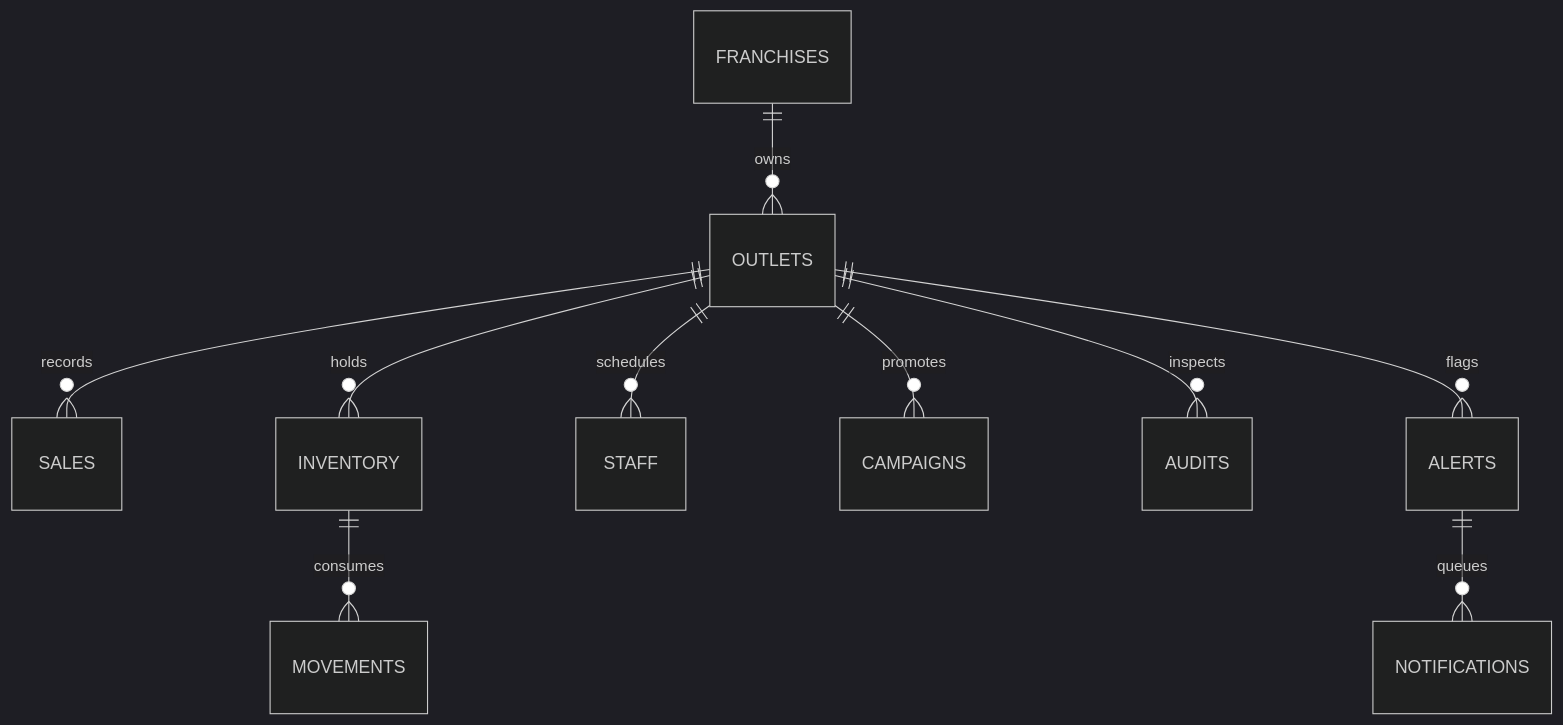
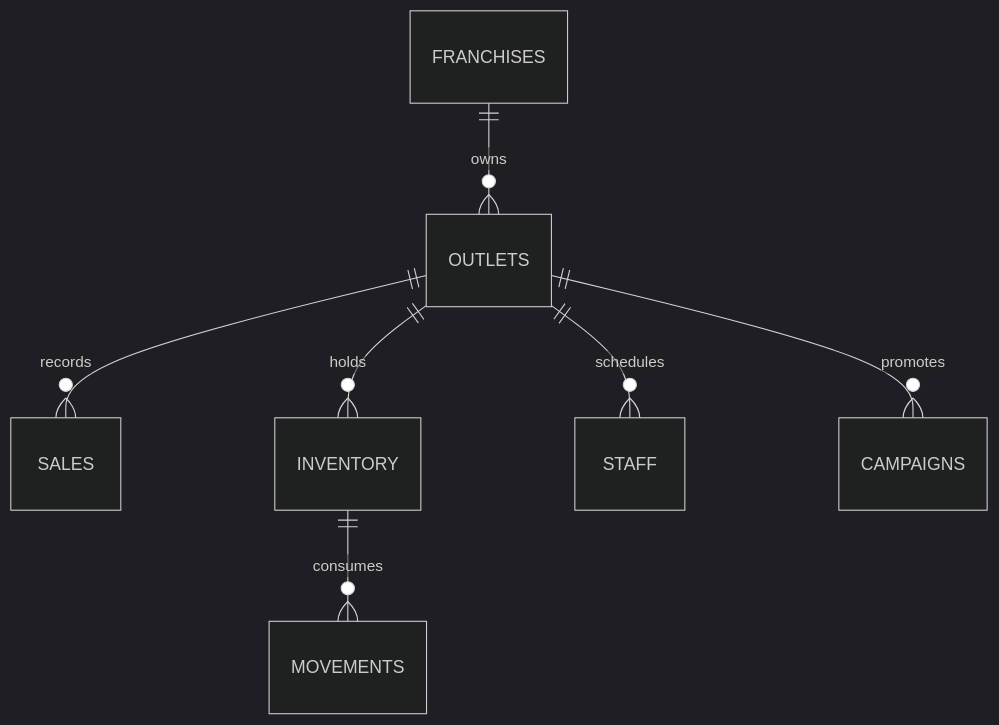
Before and after one commit to narayan24x7/demo-dashboard_0: the second of 2 diagrams in docs/ARCHITECTURE.md, drawn with Mermaid (dark theme). The commit also changed other lines of this file and 19 other files, not shown here.

````diff
--- a/docs/ARCHITECTURE.md
+++ b/docs/ARCHITECTURE.md
@@ -25,12 +30,9 @@
 ```mermaid
 erDiagram
     FRANCHISES ||--o{ OUTLETS : owns
     OUTLETS ||--o{ SALES : records
     OUTLETS ||--o{ INVENTORY : holds
     INVENTORY ||--o{ MOVEMENTS : consumes
     OUTLETS ||--o{ STAFF : schedules
     OUTLETS ||--o{ CAMPAIGNS : promotes
-    OUTLETS ||--o{ AUDITS : inspects
-    OUTLETS ||--o{ ALERTS : flags
-    ALERTS ||--o{ NOTIFICATIONS : queues
 ```
````
